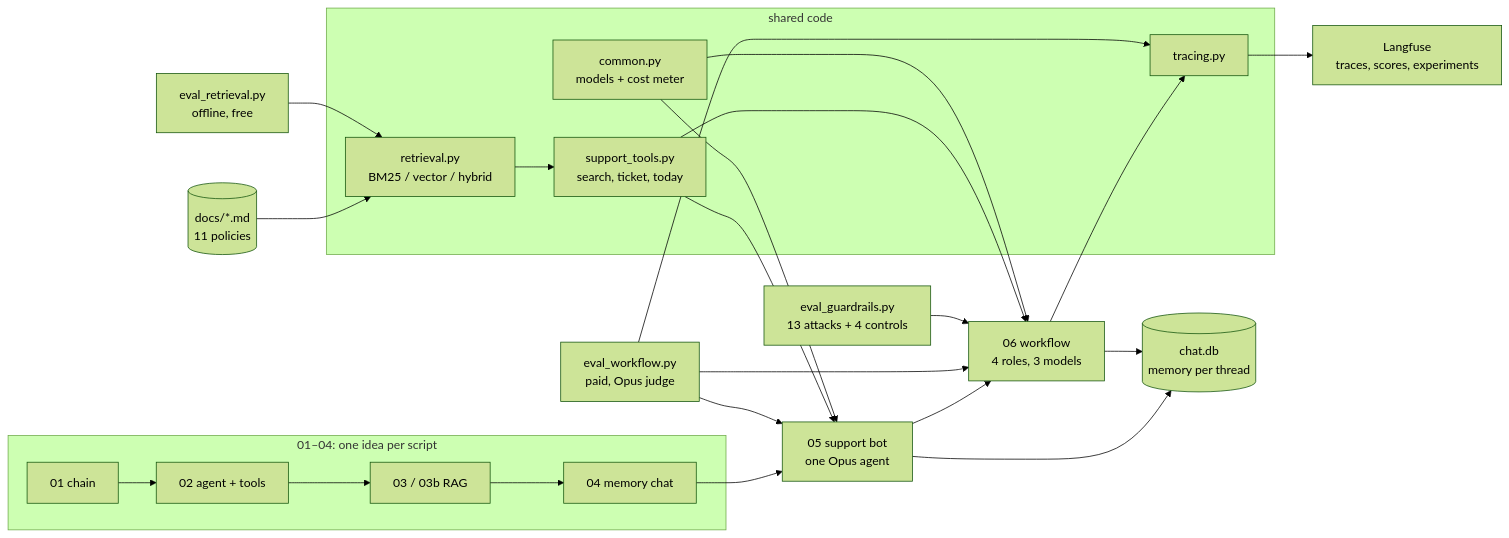
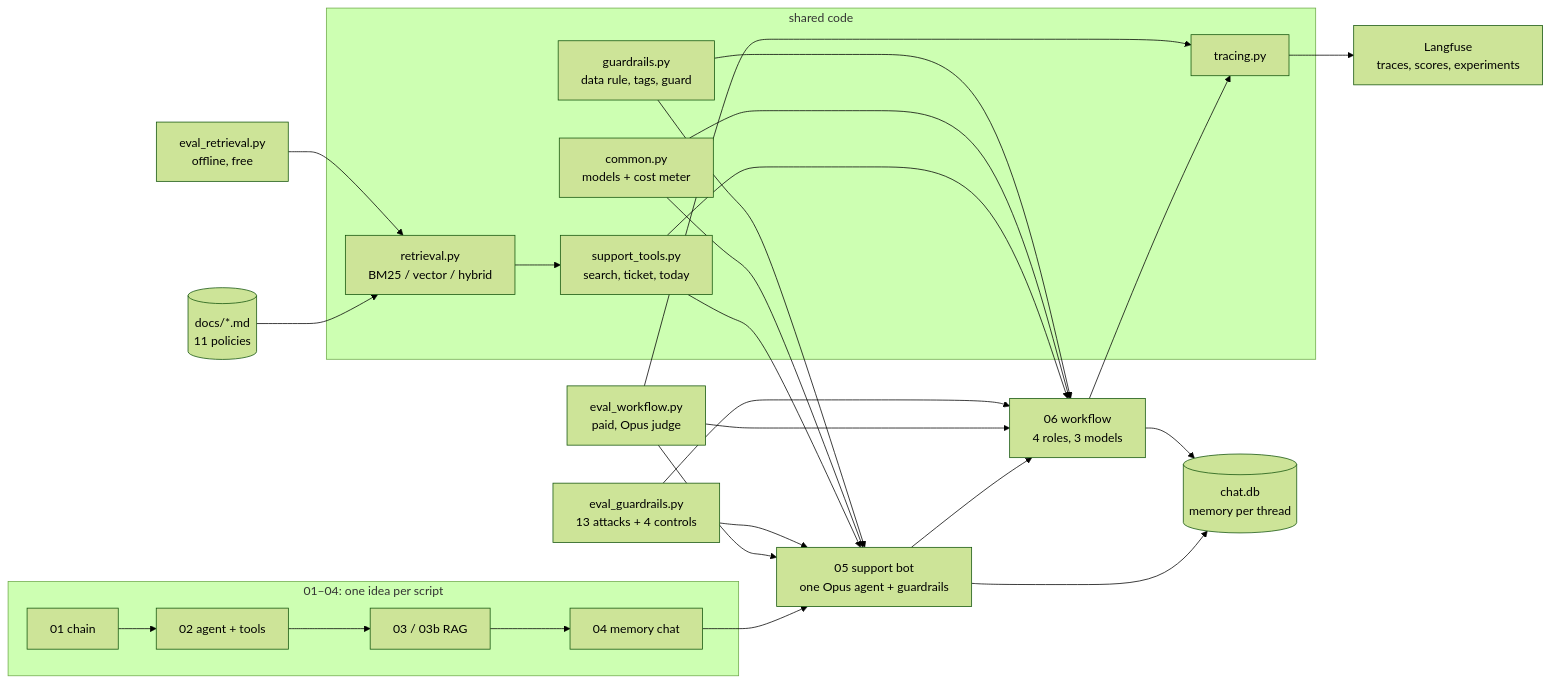
One commit to manshoor/langchain-claude changed the first of 2 diagrams in README.md. Above: the diagram before and after it, drawn with Mermaid (forest theme). The commit also changed other lines of this file and 10 other files, not shown here.

First line of the commit message:
Add prompt-injection guardrails to the support bot

````diff
--- a/README.md
+++ b/README.md
@@ -28,28 +28,30 @@
 ```mermaid
 flowchart LR
     subgraph learn["01–04: one idea per script"]
         s1["01 chain"] --> s2["02 agent + tools"] --> s3["03 / 03b RAG"] --> s4["04 memory chat"]
     end
 
-    s4 --> bot["05 support bot<br/>one Opus agent"]
+    s4 --> bot["05 support bot<br/>one Opus agent + guardrails"]
     bot --> wf["06 workflow<br/>4 roles, 3 models"]
 
     subgraph shared["shared code"]
         common["common.py<br/>models + cost meter"]
         retrieval["retrieval.py<br/>BM25 / vector / hybrid"]
         tools["support_tools.py<br/>search, ticket, today"]
         tracing["tracing.py"]
+        guardrails["guardrails.py<br/>data rule, tags, guard"]
     end
 
     docs[("docs/*.md<br/>11 policies")] --> retrieval
     retrieval --> tools
     tools --> bot & wf
     common --> bot & wf
+    guardrails --> bot & wf
     wf --> tracing --> langfuse["Langfuse<br/>traces, scores, experiments"]
     bot & wf --> db[("chat.db<br/>memory per thread")]
 
     evr["eval_retrieval.py<br/>offline, free"] --> retrieval
     evw["eval_workflow.py<br/>paid, Opus judge"] --> bot & wf
     evw --> tracing
-    evg["eval_guardrails.py<br/>13 attacks + 4 controls"] --> wf
+    evg["eval_guardrails.py<br/>13 attacks + 4 controls"] --> bot & wf
 ```
````
